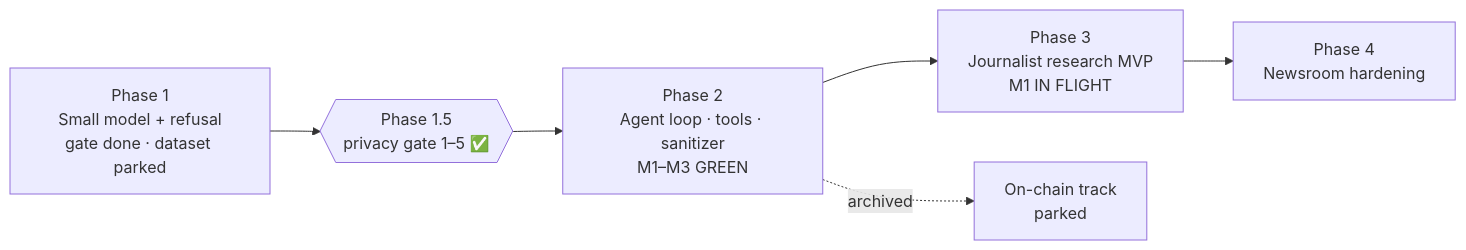
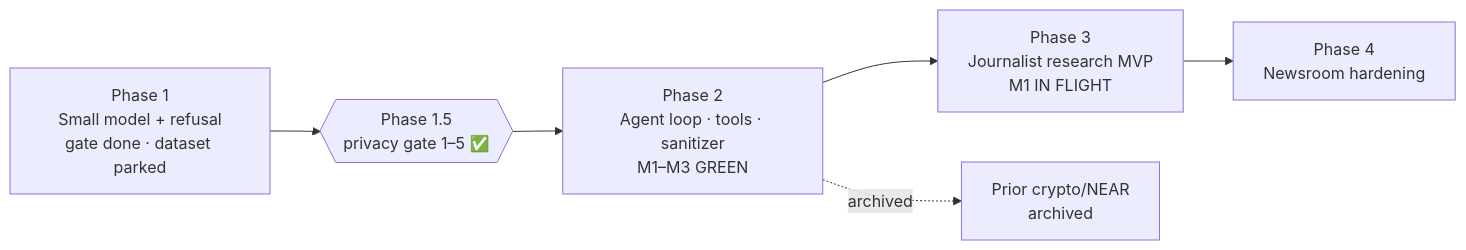
One commit to 9lordisgod/salomon changed the diagram in ROADMAP.md. Above: the diagram before and after it, drawn with Mermaid. The commit also changed other lines of this file and 3 other files, not shown here.

````diff
--- a/ROADMAP.md
+++ b/ROADMAP.md
@@ -6,8 +6,8 @@
 ```mermaid
 flowchart LR
   P1[Phase 1<br/>Small model + refusal<br/>gate done · dataset parked] --> G{{Phase 1.5<br/>privacy gate 1–5 ✅}}
   G --> P2[Phase 2<br/>Agent loop · tools · sanitizer<br/>M1–M3 GREEN]
   P2 --> P3[Phase 3<br/>Journalist research MVP<br/>M1 IN FLIGHT]
   P3 --> P4[Phase 4<br/>Newsroom hardening]
-  P2 -.archived.-> X[On-chain track<br/>parked]
+  P2 -.archived.-> X[Prior crypto/NEAR<br/>archived]
 ```
````
